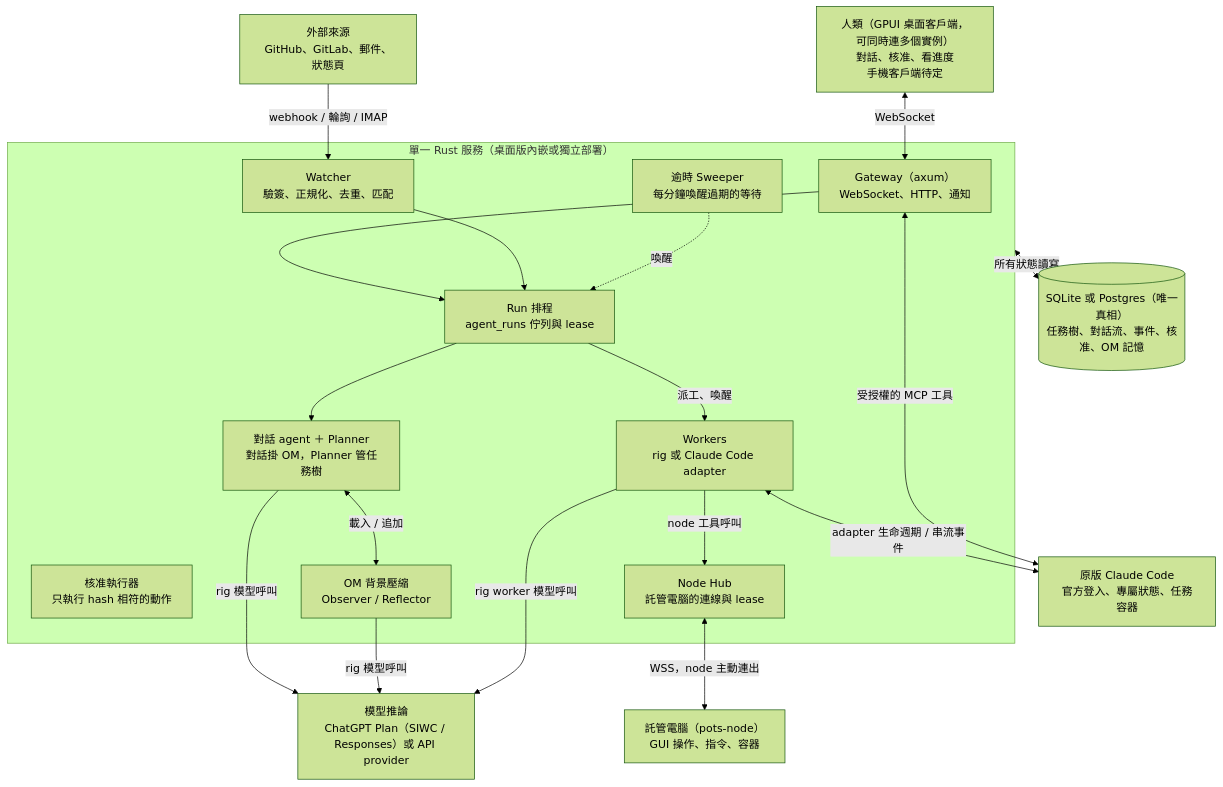
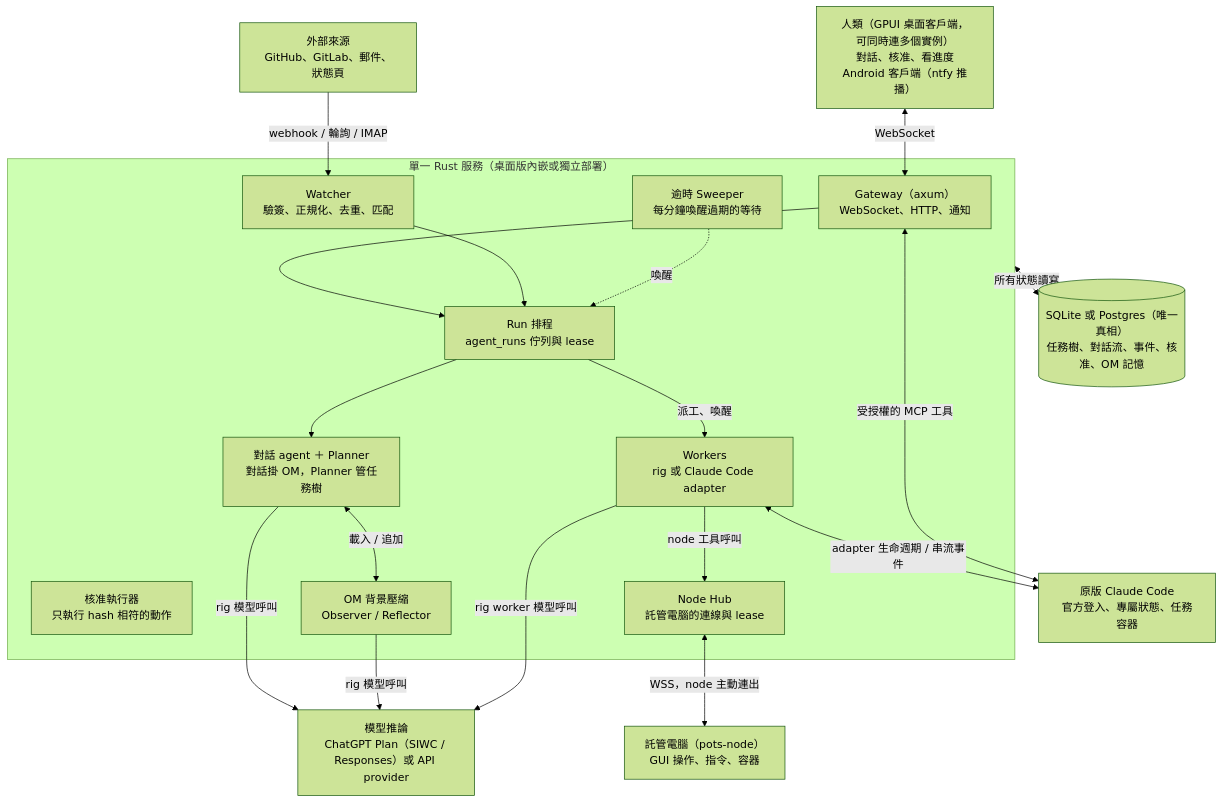
One commit to iceice666/pots changed the diagram in proposal/architecture.md. Above: the diagram before and after it, drawn with Mermaid (forest theme). The commit also changed other lines of this file and 6 other files, not shown here.

First line of the commit message:
docs(repo/proposal): settle on native android and ntfy push

````diff
--- a/proposal/architecture.md
+++ b/proposal/architecture.md
@@ -9,40 +9,40 @@
 ```mermaid
 flowchart TB
-    human["人類（GPUI 桌面客戶端，可同時連多個實例）<br/>對話、核准、看進度<br/>手機客戶端待定"]
+    human["人類（GPUI 桌面客戶端，可同時連多個實例）<br/>對話、核准、看進度<br/>Android 客戶端（ntfy 推播）"]
     sources["外部來源<br/>GitHub、GitLab、郵件、狀態頁"]
 
     subgraph service["單一 Rust 服務（桌面版內嵌或獨立部署）"]
         gateway["Gateway（axum）<br/>WebSocket、HTTP、通知"]
         scheduler["Run 排程<br/>agent_runs 佇列與 lease"]
         watcher["Watcher<br/>驗簽、正規化、去重、匹配"]
         agents["對話 agent ＋ Planner<br/>對話掛 OM，Planner 管任務樹"]
         workers["Workers<br/>rig 或 Claude Code adapter"]
         approver["核准執行器<br/>只執行 hash 相符的動作"]
         om["OM 背景壓縮<br/>Observer / Reflector"]
         sweeper["逾時 Sweeper<br/>每分鐘喚醒過期的等待"]
         hub["Node Hub<br/>託管電腦的連線與 lease"]
     end
 
     node["託管電腦（pots-node）<br/>GUI 操作、指令、容器"]
 
     db[("SQLite 或 Postgres（唯一真相）<br/>任務樹、對話流、事件、核准、OM 記憶")]
     llm["模型推論<br/>ChatGPT Plan（SIWC / Responses）或 API provider"]
     claude["原版 Claude Code<br/>官方登入、專屬狀態、任務容器"]
 
     human <-->|WebSocket| gateway
     sources -->|"webhook / 輪詢 / IMAP"| watcher
     gateway --> scheduler
     watcher --> scheduler
     sweeper -.->|喚醒| scheduler
     scheduler --> agents
     scheduler -->|"派工、喚醒"| workers
     agents <-->|"載入 / 追加"| om
     service <-->|所有狀態讀寫| db
     agents -->|rig 模型呼叫| llm
     om -->|rig 模型呼叫| llm
     workers -->|rig worker 模型呼叫| llm
     workers <-->|adapter 生命週期 / 串流事件| claude
     claude <-->|受授權的 MCP 工具| gateway
     workers -->|node 工具呼叫| hub
     hub <-->|"WSS，node 主動連出"| node
 ```
````
